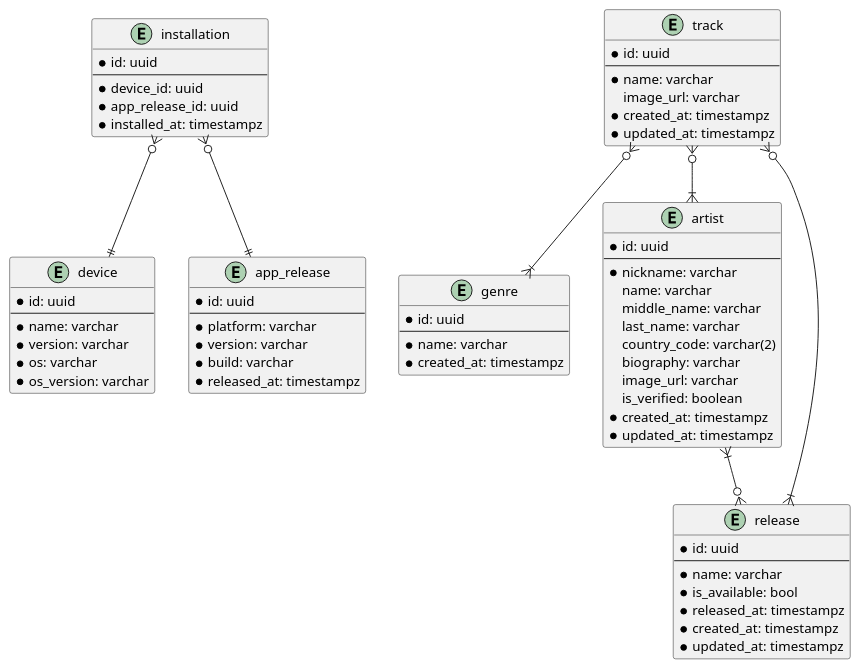
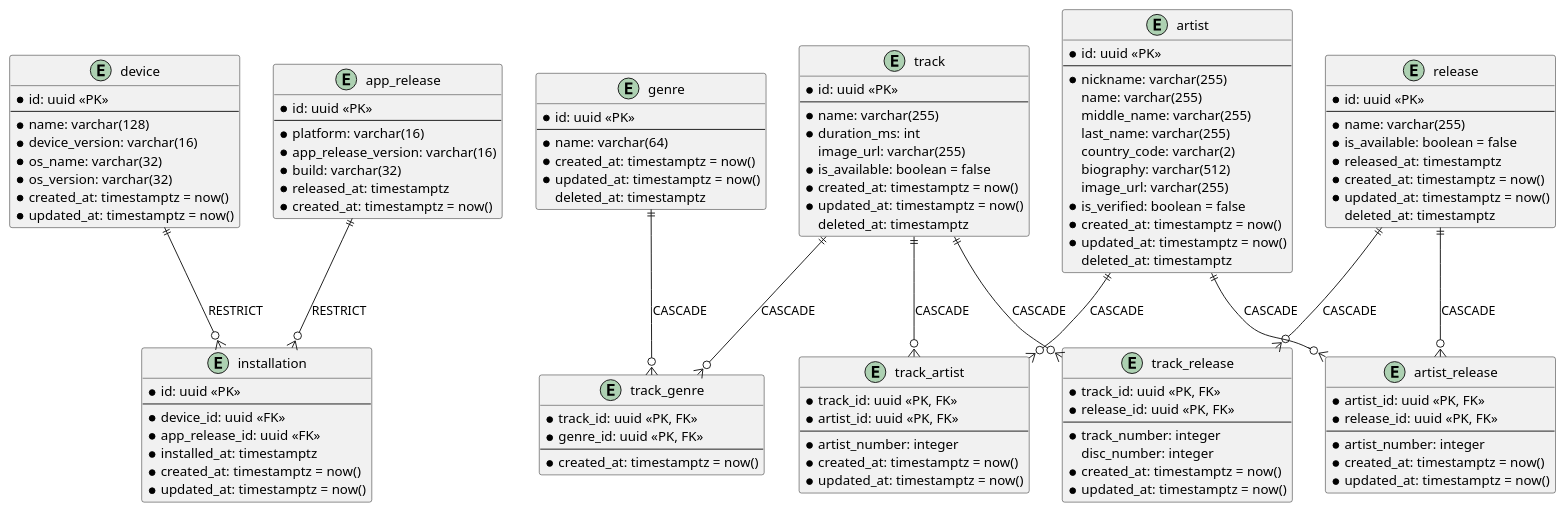
The diagram in sql/music_oltp/docs/ddl.puml (SINdeletE/music-stream-flow), drawn with PlantUML before and after one commit. The commit also changed 2 other files, not shown here.

```diff
--- a/sql/music_oltp/docs/ddl.puml
+++ b/sql/music_oltp/docs/ddl.puml
@@ -1,74 +1,132 @@
 @startuml
 
+entity device {
+    * id: uuid <<PK>>
+    --
+    * name: varchar(128)
+    * device_version: varchar(16)
+    * os_name: varchar(32)
+    * os_version: varchar(32)
+    * created_at: timestamptz = now()
+    * updated_at: timestamptz = now()
+}
+
+entity app_release {
+    * id: uuid <<PK>>
+    --
+    * platform: varchar(16)
+    * app_release_version: varchar(16)
+    * build: varchar(32)
+    * released_at: timestamptz
+    * created_at: timestamptz = now()
+}
+
 entity installation {
-    *id: uuid
+    * id: uuid <<PK>>
     --
-    *device_id: uuid
-    *app_release_id: uuid
-    *installed_at: timestampz
-}
-entity device {
-    *id: uuid
-    --
-    *name: varchar
-    *version: varchar
-    *os: varchar
-    *os_version: varchar
-}
-entity app_release {
-    *id: uuid
-    --
-    *platform: varchar
-    *version: varchar
-    *build: varchar
-    *released_at: timestampz
+    * device_id: uuid <<FK>>
+    * app_release_id: uuid <<FK>>
+    * installed_at: timestamptz
+    * created_at: timestamptz = now()
+    * updated_at: timestamptz = now()
 }
 
 entity track {
-    *id: uuid
+    * id: uuid <<PK>>
     --
-    *name: varchar
-    image_url: varchar
-    *created_at: timestampz
-    *updated_at: timestampz
-}
-entity genre {
-    *id: uuid
-    --
-    *name: varchar
-    *created_at: timestampz
-}
-entity artist {
-    *id: uuid
-    --
-    *nickname: varchar
-    name: varchar
-    middle_name: varchar
-    last_name: varchar
-    country_code: varchar(2)
-    biography: varchar
-    image_url: varchar
-    is_verified: boolean
-    *created_at: timestampz
-    *updated_at: timestampz
-}
-entity release {
-    *id: uuid
-    --
-    *name: varchar
-    *is_available: bool
-    *released_at: timestampz
-    *created_at: timestampz
-    *updated_at: timestampz
+    * name: varchar(255)
+    * duration_ms: int
+    image_url: varchar(255)
+    * is_available: boolean = false
+    * created_at: timestamptz = now()
+    * updated_at: timestamptz = now()
+    deleted_at: timestamptz
 }
 
-installation }o--|| device
-installation }o--|| app_release
+entity genre {
+    * id: uuid <<PK>>
+    --
+    * name: varchar(64)
+    * created_at: timestamptz = now()
+    * updated_at: timestamptz = now()
+    deleted_at: timestamptz
+}
 
-track }o--|{ genre
-track }o--|{ artist
-track }o--|{ release
+entity artist {
+    * id: uuid <<PK>>
+    --
+    * nickname: varchar(255)
+    name: varchar(255)
+    middle_name: varchar(255)
+    last_name: varchar(255)
+    country_code: varchar(2)
+    biography: varchar(512)
+    image_url: varchar(255)
+    * is_verified: boolean = false
+    * created_at: timestamptz = now()
+    * updated_at: timestamptz = now()
+    deleted_at: timestamptz
+}
 
-artist }|--o{ release
+entity release {
+    * id: uuid <<PK>>
+    --
+    * name: varchar(255)
+    * is_available: boolean = false
+    * released_at: timestamptz
+    * created_at: timestamptz = now()
+    * updated_at: timestamptz = now()
+    deleted_at: timestamptz
+}
+
+entity track_genre {
+    * track_id: uuid <<PK, FK>>
+    * genre_id: uuid <<PK, FK>>
+    --
+    * created_at: timestamptz = now()
+}
+
+entity track_artist {
+    * track_id: uuid <<PK, FK>>
+    * artist_id: uuid <<PK, FK>>
+    --
+    * artist_number: integer
+    * created_at: timestamptz = now()
+    * updated_at: timestamptz = now()
+}
+
+entity track_release {
+    * track_id: uuid <<PK, FK>>
+    * release_id: uuid <<PK, FK>>
+    --
+    * track_number: integer
+    disc_number: integer
+    * created_at: timestamptz = now()
+    * updated_at: timestamptz = now()
+}
+
+entity artist_release {
+    * artist_id: uuid <<PK, FK>>
+    * release_id: uuid <<PK, FK>>
+    --
+    * artist_number: integer
+    * created_at: timestamptz = now()
+    * updated_at: timestamptz = now()
+}
+
+device ||--o{ installation : RESTRICT
+app_release ||--o{ installation : RESTRICT
+
+track ||--o{ track_genre : CASCADE
+genre ||--o{ track_genre : CASCADE
+
+track ||--o{ track_artist : CASCADE
+artist ||--o{ track_artist : CASCADE
+
+track ||--o{ track_release : CASCADE
+release ||--o{ track_release : CASCADE
+
+artist ||--o{ artist_release : CASCADE
+release ||--o{ artist_release : CASCADE
 
 @enduml
```
